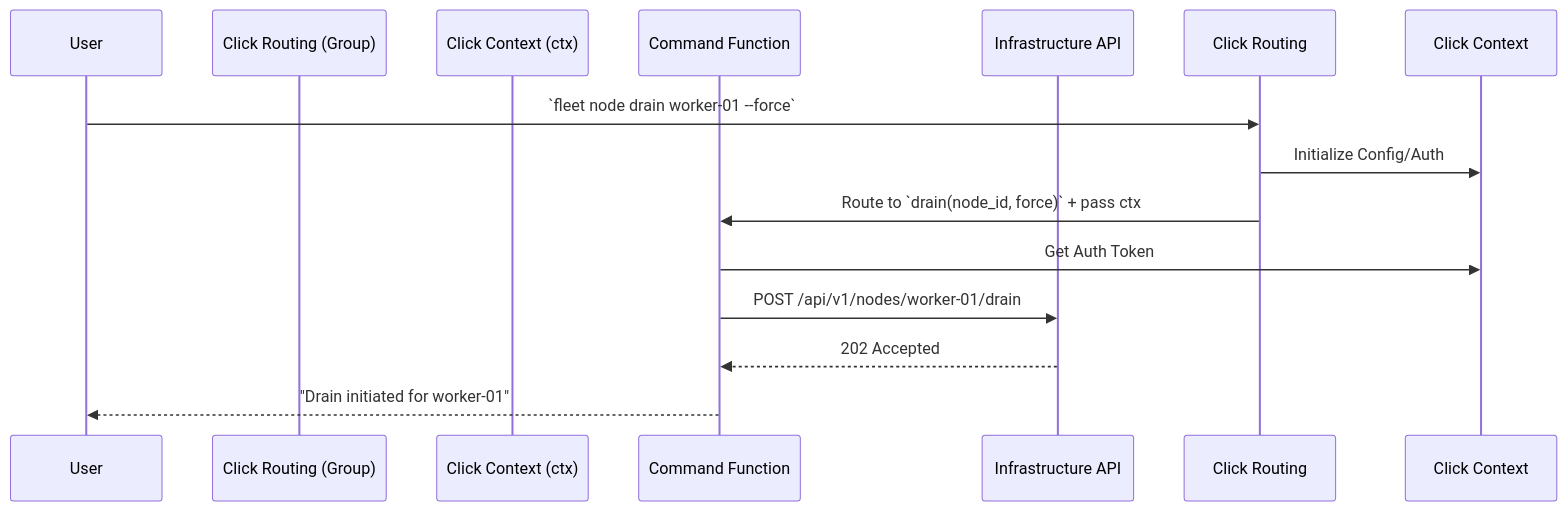
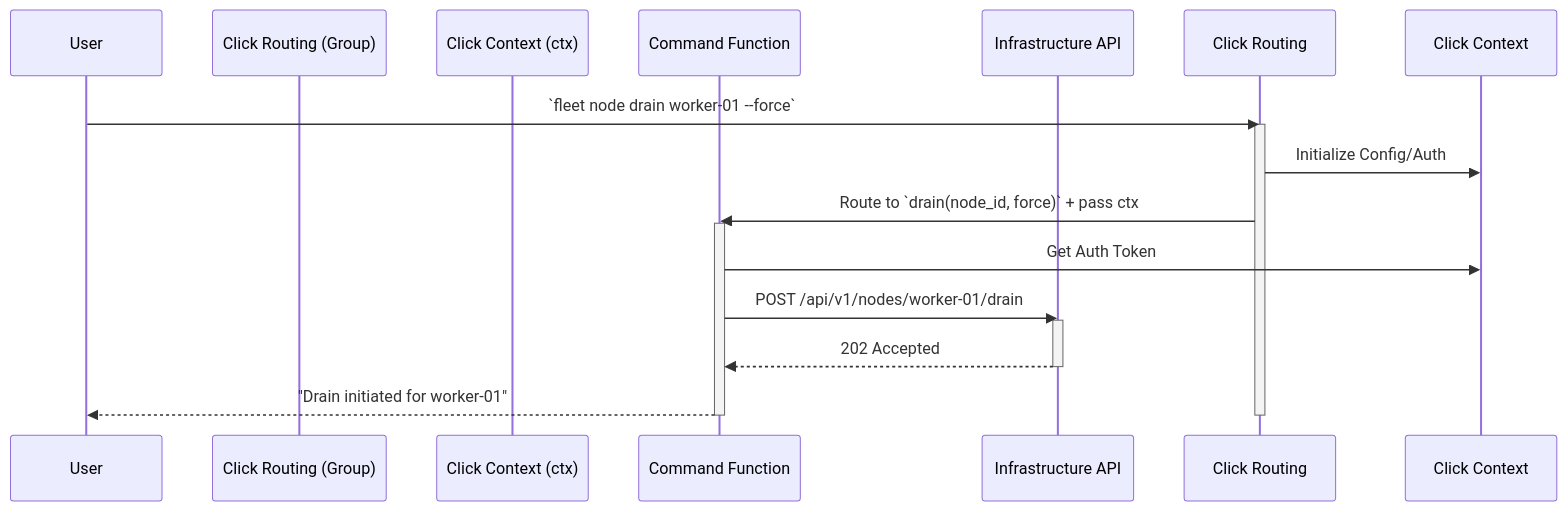
The first of 2 diagrams in docs/volume-02/03-python-tooling-operations-masterclass.md (jithinpnjm/nvidia-devops), drawn with Mermaid before and after one commit. The commit also changed other lines of this file and 110 other files, not shown here.

Commit message:
docs(volume-1-10): complete second-pass refinement of formatting, visual diagrams, and code snippets

````diff
--- a/docs/volume-02/03-python-tooling-operations-masterclass.md
+++ b/docs/volume-02/03-python-tooling-operations-masterclass.md
@@ -78,16 +78,22 @@
 ```mermaid
 sequenceDiagram
     participant User
     participant Click Routing (Group)
     participant Click Context (ctx)
     participant Command Function
     participant Infrastructure API
 
     User->>Click Routing: `fleet node drain worker-01 --force`
+    activate Click Routing
     Click Routing->>Click Context: Initialize Config/Auth
     Click Routing->>Command Function: Route to `drain(node_id, force)` + pass ctx
+    activate Command Function
     Command Function->>Click Context: Get Auth Token
     Command Function->>Infrastructure API: POST /api/v1/nodes/worker-01/drain
+    activate Infrastructure API
     Infrastructure API-->>Command Function: 202 Accepted
+    deactivate Infrastructure API
     Command Function-->>User: "Drain initiated for worker-01"
+    deactivate Command Function
+    deactivate Click Routing
 ```
````
